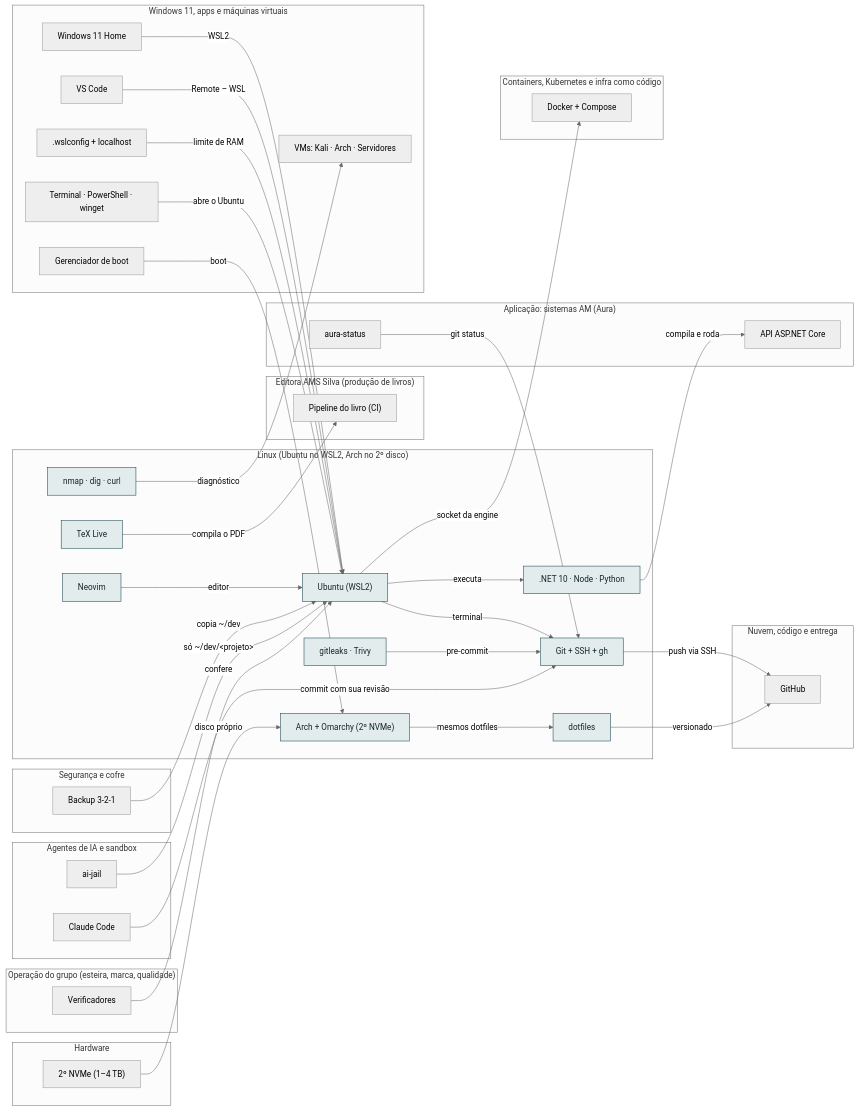
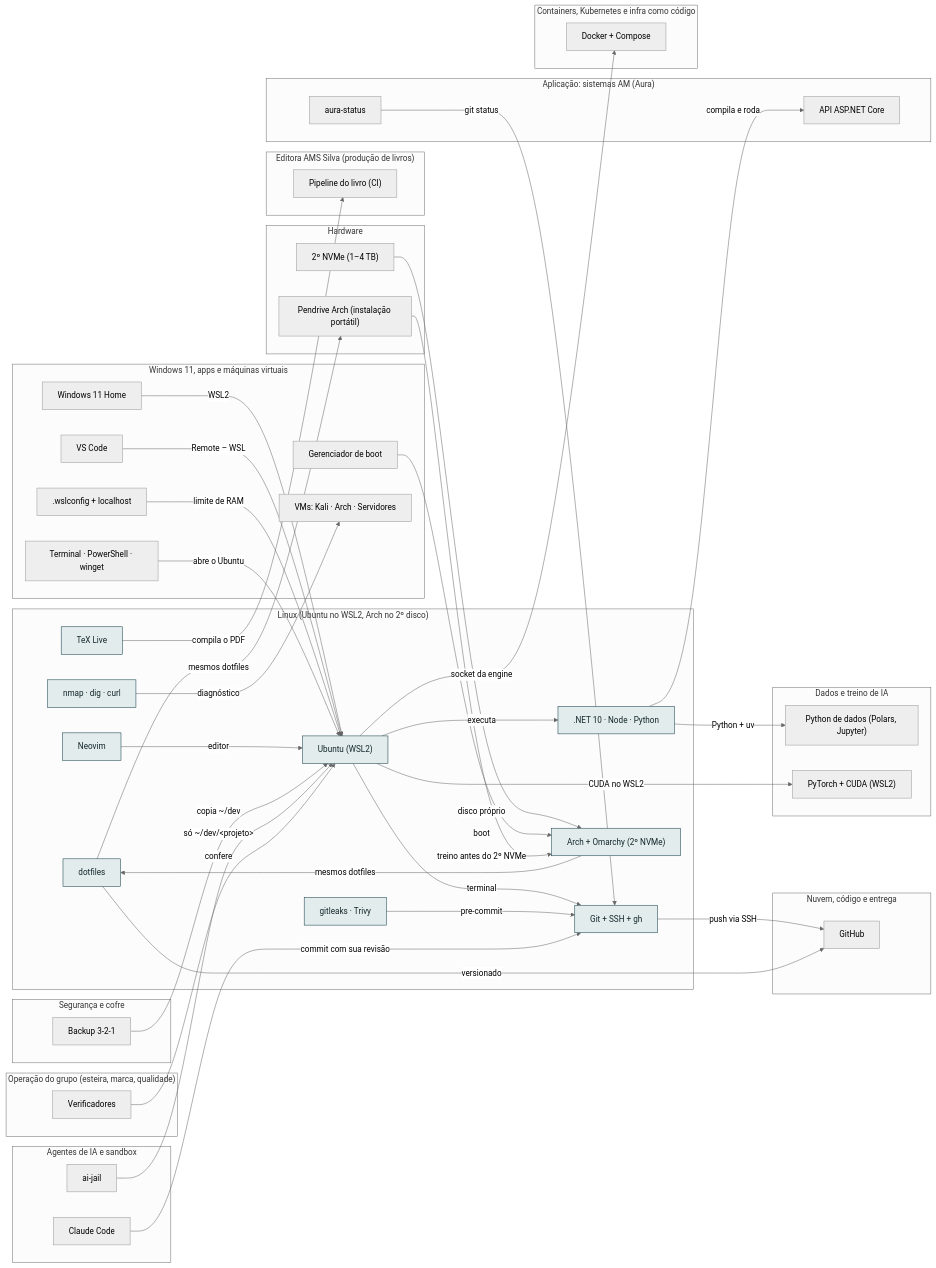
One commit to AlanMateus17/dev-setup changed the diagram in docs/camadas/04-lin.md. Above: the diagram before and after it, drawn with Mermaid (neutral theme). The commit also changed other lines of this file and 44 other files, not shown here.

First line of the commit message:
feat(dados-ia): engenharia de dados, treino de IA e pendrives de Kali e Arch

````diff
--- a/docs/camadas/04-lin.md
+++ b/docs/camadas/04-lin.md
@@ -14,72 +14,81 @@
 ```mermaid
 flowchart LR
   subgraph L_lin["Linux (Ubuntu no WSL2, Arch no 2º disco)"]
     n_nvim["Neovim"]
     n_netw["nmap · dig · curl"]
     n_wsl["Ubuntu (WSL2)"]
     n_git["Git + SSH + gh"]
     n_rt[".NET 10 · Node · Python"]
     n_tex["TeX Live"]
     n_sec["gitleaks · Trivy"]
     n_dot["dotfiles"]
     n_arch["Arch + Omarchy (2º NVMe)"]
   end
   subgraph L_oper["Operação do grupo (esteira, marca, qualidade)"]
     n_overif["Verificadores"]
   end
   subgraph L_editora["Editora AMS Silva (produção de livros)"]
     n_bci["Pipeline do livro (CI)"]
   end
   subgraph L_nuvem["Nuvem, código e entrega"]
     n_gh["GitHub"]
   end
   subgraph L_app["Aplicação: sistemas AM (Aura)"]
     n_api["API ASP.NET Core"]
     n_status["aura-status"]
   end
   subgraph L_cnt["Containers, Kubernetes e infra como código"]
     n_docker["Docker + Compose"]
   end
+  subgraph L_dados["Dados e treino de IA"]
+    n_pyds["Python de dados (Polars, Jupyter)"]
+    n_torch["PyTorch + CUDA (WSL2)"]
+  end
   subgraph L_ia["Agentes de IA e sandbox"]
     n_cc["Claude Code"]
     n_jail["ai-jail"]
   end
   subgraph L_win["Windows 11, apps e máquinas virtuais"]
     n_boot["Gerenciador de boot"]
     n_vms["VMs: Kali · Arch · Servidores"]
     n_vsc["VS Code"]
     n_w11["Windows 11 Home"]
     n_wslcfg[".wslconfig + localhost"]
     n_wterm["Terminal · PowerShell · winget"]
   end
   subgraph L_seg["Segurança e cofre"]
     n_bkp["Backup 3-2-1"]
   end
   subgraph L_hw["Hardware"]
     n_nvme["2º NVMe (1–4 TB)"]
+    n_parch["Pendrive Arch (instalação portátil)"]
   end
   n_nvim -->|"editor"| n_wsl
   n_netw -->|"diagnóstico"| n_vms
   n_wsl -->|"terminal"| n_git
   n_wsl -->|"executa"| n_rt
   n_wsl -->|"socket da engine"| n_docker
+  n_wsl -->|"CUDA no WSL2"| n_torch
   n_bkp -->|"copia ~/dev"| n_wsl
   n_w11 -->|"WSL2"| n_wsl
   n_vsc -->|"Remote – WSL"| n_wsl
   n_jail -->|"só ~/dev/#lt;projeto#gt;"| n_wsl
   n_wslcfg -->|"limite de RAM"| n_wsl
   n_wterm -->|"abre o Ubuntu"| n_wsl
   n_overif -->|"confere"| n_wsl
   n_git -->|"push via SSH"| n_gh
   n_sec -->|"pre-commit"| n_git
   n_status -->|"git status"| n_git
   n_cc -->|"commit com sua revisão"| n_git
   n_rt -->|"compila e roda"| n_api
+  n_rt -->|"Python + uv"| n_pyds
   n_tex -->|"compila o PDF"| n_bci
   n_dot -->|"versionado"| n_gh
+  n_dot -->|"mesmos dotfiles"| n_parch
   n_arch -->|"mesmos dotfiles"| n_dot
   n_nvme -->|"disco próprio"| n_arch
   n_boot -->|"boot"| n_arch
+  n_parch -->|"treino antes do 2º NVMe"| n_arch
   classDef desta fill:#e2ecec,stroke:#0e3a45,color:#13262b
   class n_nvim,n_netw,n_wsl,n_git,n_rt,n_tex,n_sec,n_dot,n_arch desta
 ```
````
